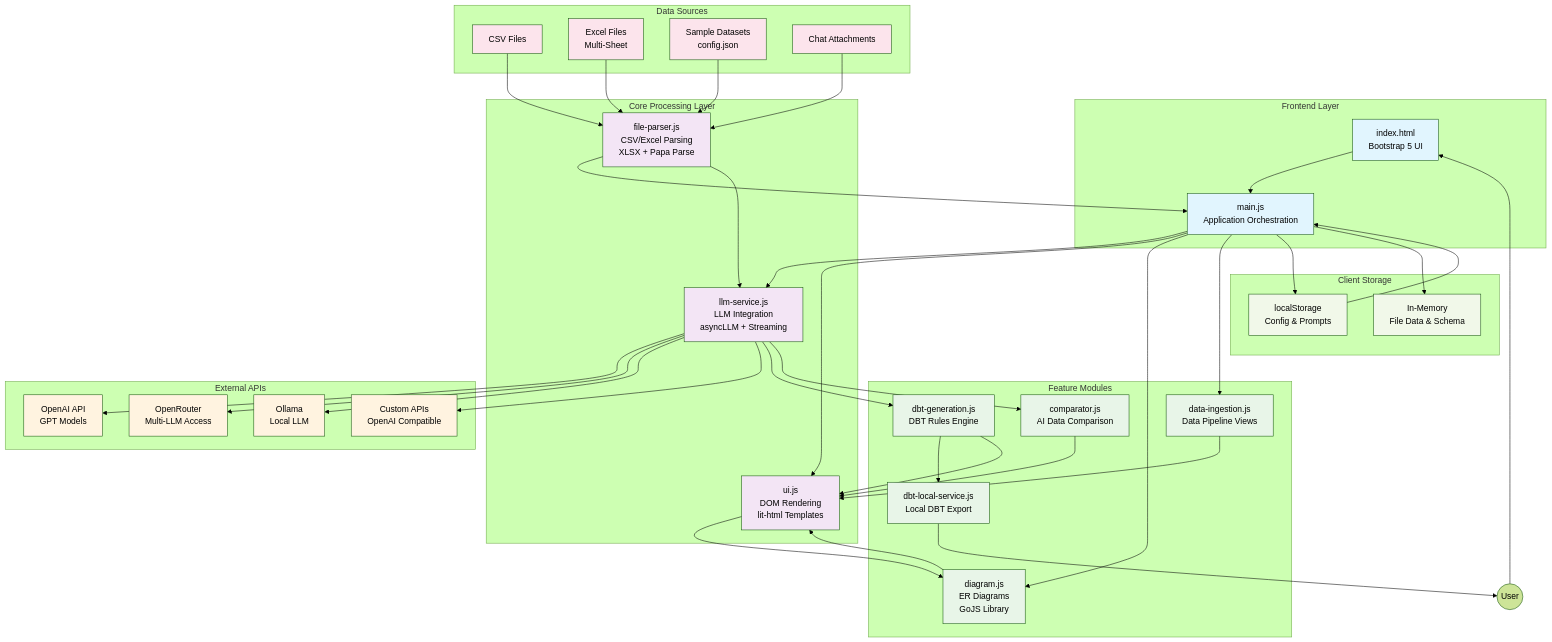
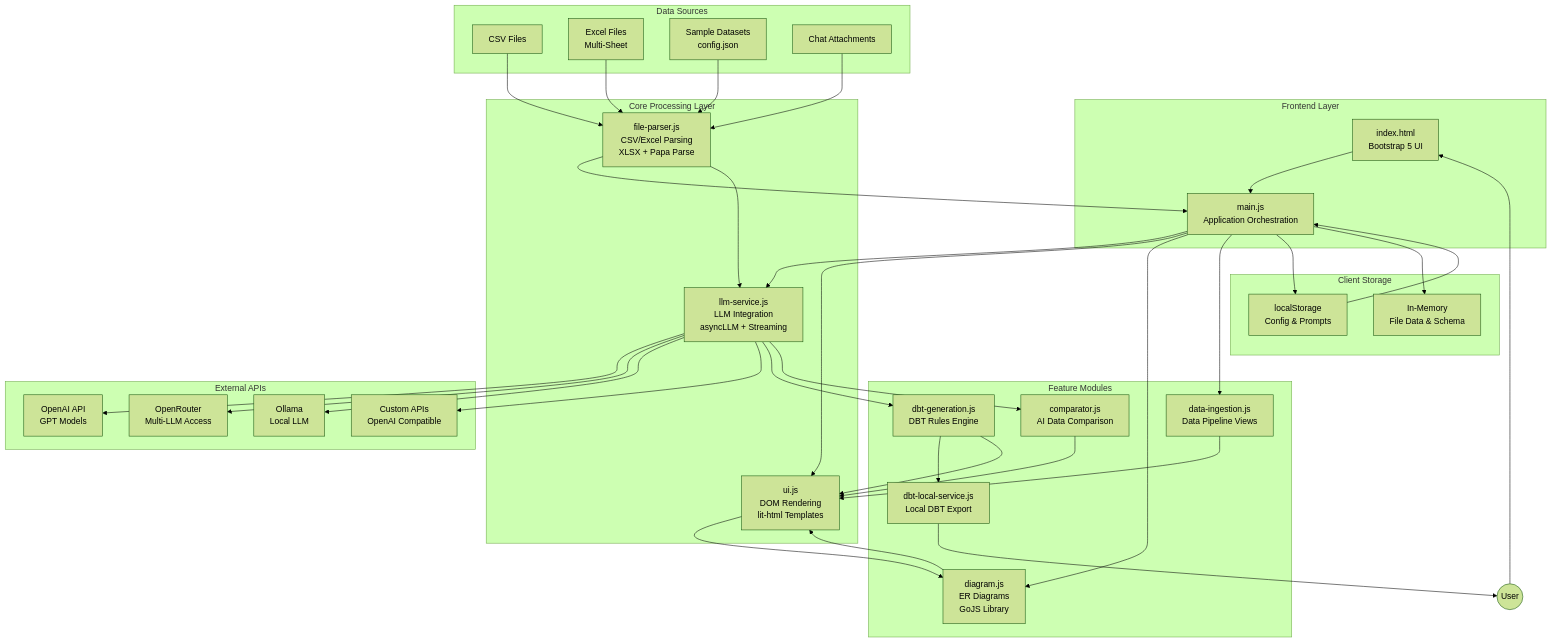
Before and after one commit to prudhvi1709/schemaforge0: the first of 2 diagrams in README.md, drawn with Mermaid (forest theme).

Commit message:
DOC: Remove Backlights

````diff
--- a/README.md
+++ b/README.md
@@ -118,19 +118,4 @@
     DIAGRAM --> RENDER
     INGEST --> RENDER
     LOCAL --> USER
-    
-    %% Styling
-    classDef userLayer fill:#e1f5fe
-    classDef coreLayer fill:#f3e5f5
-    classDef featureLayer fill:#e8f5e8
-    classDef externalLayer fill:#fff3e0
-    classDef dataLayer fill:#fce4ec
-    classDef storageLayer fill:#f1f8e9
-    
-    class UI,MAIN userLayer
-    class PARSER,LLM,RENDER coreLayer
-    class DBT,DIAGRAM,COMP,INGEST,LOCAL featureLayer
-    class OPENAI,ROUTER,OLLAMA,CUSTOM externalLayer
-    class CSV,EXCEL,SAMPLE,ATTACH dataLayer
-    class LOCALSTORAGE,MEMORY storageLayer
 ```
````
